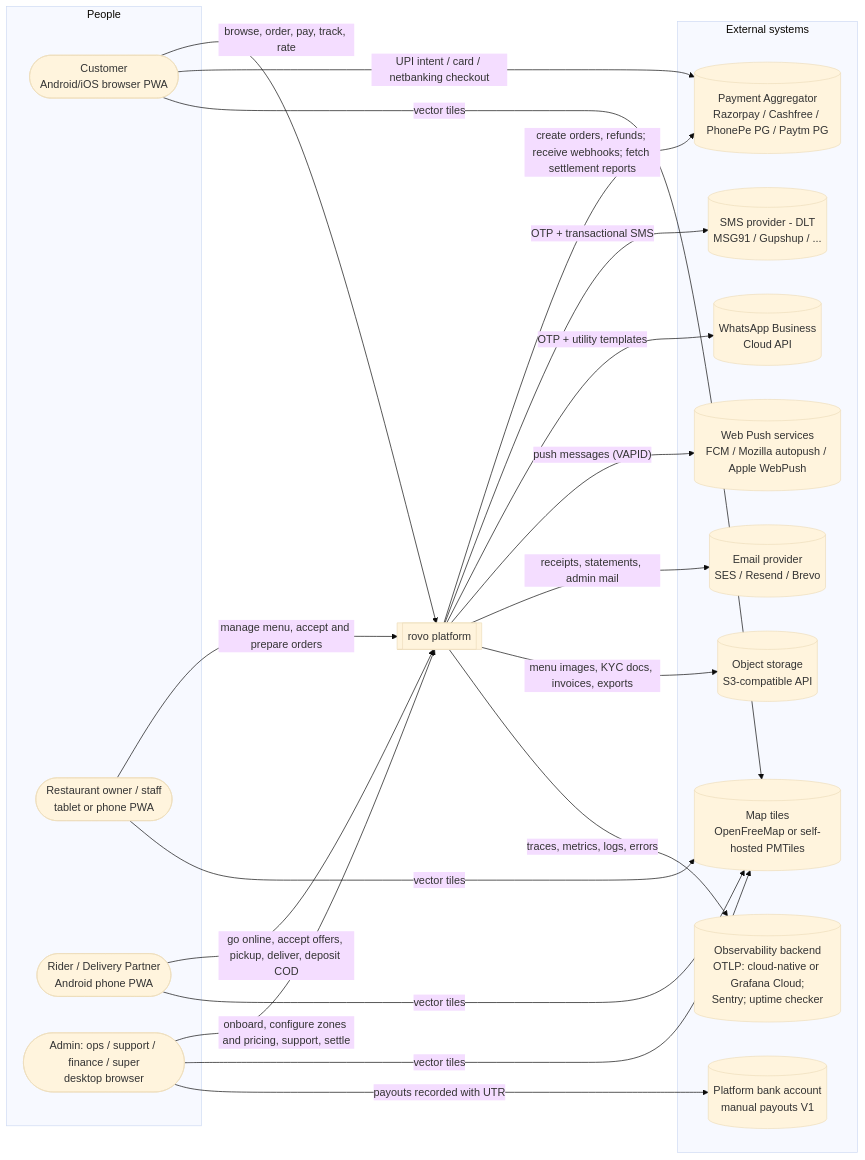
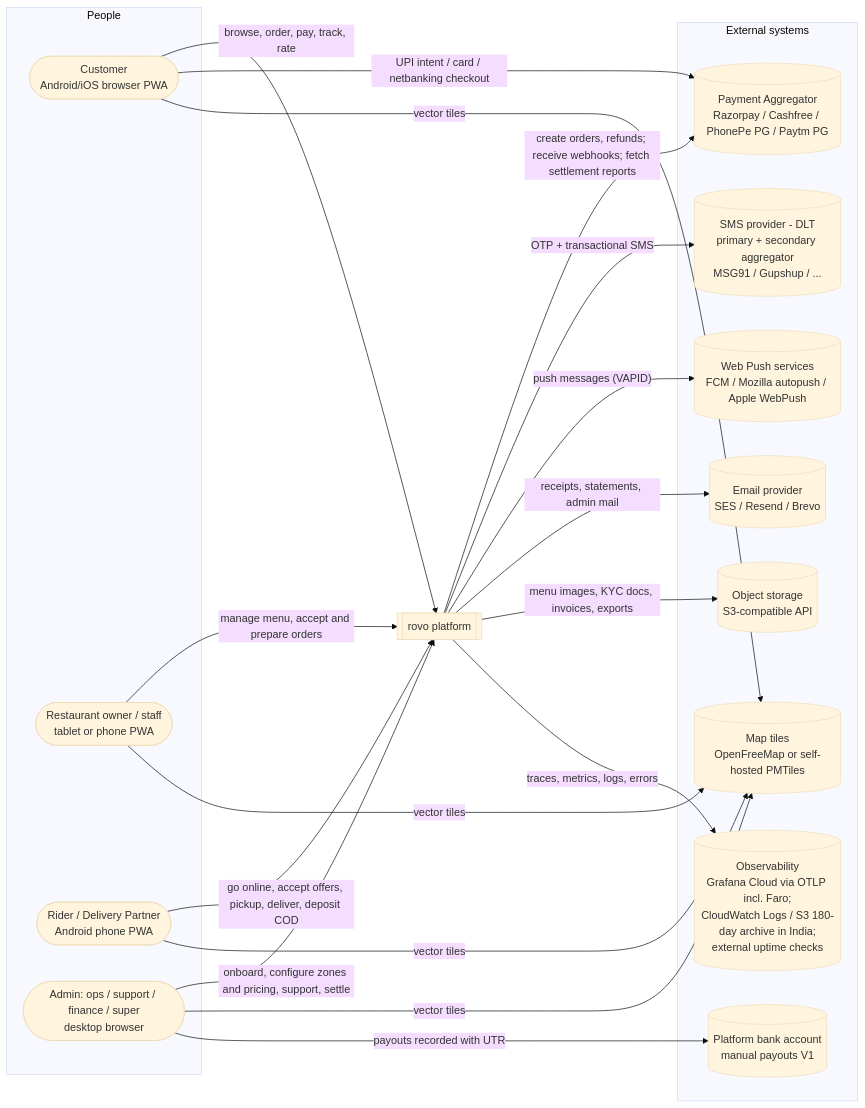
The first of 11 diagrams in docs/planning/08-system-architecture.md (storetmobiles2-code/rovo), drawn with Mermaid (base theme) before and after one commit. The commit also changed other lines of this file and 4 other files, not shown here.

````diff
--- a/docs/planning/08-system-architecture.md
+++ b/docs/planning/08-system-architecture.md
@@ -30,39 +42,37 @@
 ```mermaid
 flowchart LR
     subgraph People
         C([Customer<br/>Android/iOS browser PWA])
         R([Restaurant owner / staff<br/>tablet or phone PWA])
         D([Rider / Delivery Partner<br/>Android phone PWA])
         A([Admin: ops / support / finance / super<br/>desktop browser])
     end
 
     ROVO[[rovo platform]]
 
     subgraph External systems
         PA[(Payment Aggregator<br/>Razorpay / Cashfree / PhonePe PG / Paytm PG)]
-        OTP[(SMS provider - DLT<br/>MSG91 / Gupshup / ...)]
-        WA[(WhatsApp Business<br/>Cloud API)]
+        OTP[(SMS provider - DLT<br/>primary + secondary aggregator<br/>MSG91 / Gupshup / ...)]
         WP[(Web Push services<br/>FCM / Mozilla autopush / Apple WebPush)]
         EM[(Email provider<br/>SES / Resend / Brevo)]
         MAP[(Map tiles<br/>OpenFreeMap or self-hosted PMTiles)]
         OBJ[(Object storage<br/>S3-compatible API)]
-        OBS[(Observability backend<br/>OTLP: cloud-native or Grafana Cloud;<br/>Sentry; uptime checker)]
+        OBS[(Observability<br/>Grafana Cloud via OTLP incl. Faro;<br/>CloudWatch Logs / S3 180-day archive in India;<br/>external uptime checks)]
         BANK[(Platform bank account<br/>manual payouts V1)]
     end
 
     C -- browse, order, pay, track, rate --> ROVO
     R -- manage menu, accept and prepare orders --> ROVO
     D -- go online, accept offers, pickup, deliver, deposit COD --> ROVO
     A -- onboard, configure zones and pricing, support, settle --> ROVO
 
     ROVO -- create orders, refunds; receive webhooks; fetch settlement reports --> PA
     C -- UPI intent / card / netbanking checkout --> PA
     ROVO -- OTP + transactional SMS --> OTP
-    ROVO -- OTP + utility templates --> WA
     ROVO -- push messages (VAPID) --> WP
     ROVO -- receipts, statements, admin mail --> EM
     C & R & D & A -- vector tiles --> MAP
     ROVO -- menu images, KYC docs, invoices, exports --> OBJ
     ROVO -- traces, metrics, logs, errors --> OBS
     A -- payouts recorded with UTR --> BANK
 ```
````
